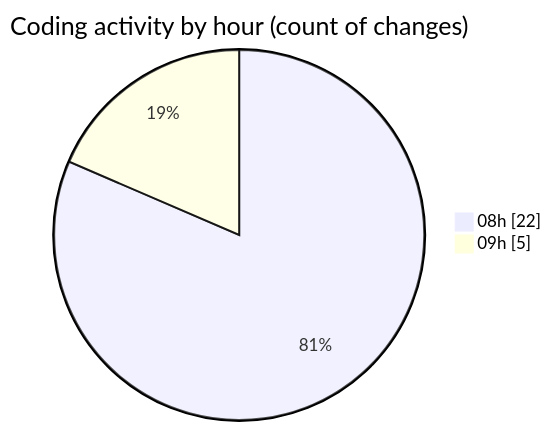
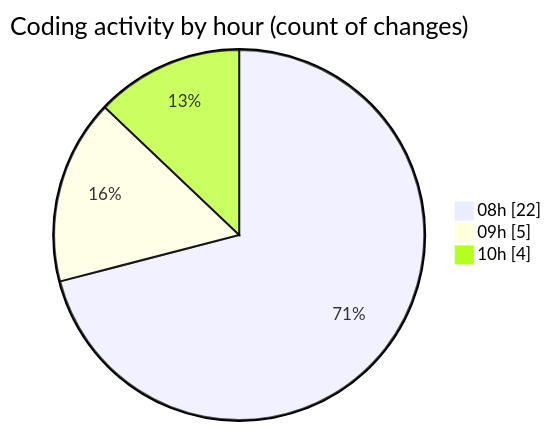
One commit to robertbonfada/code-tracking changed the second of 2 diagrams in 2025-02-17/mbc-web/README.md. Above: the diagram before and after it, drawn with Mermaid. The commit also changed other lines of this file and 1 other file, not shown here.

````diff
--- a/2025-02-17/mbc-web/README.md
+++ b/2025-02-17/mbc-web/README.md
@@ -37,6 +37,7 @@
 ```mermaid
 pie showData
 title Coding activity by hour (count of changes)
 "08h" : 22
 "09h" : 5
+"10h" : 4
 ```
````
